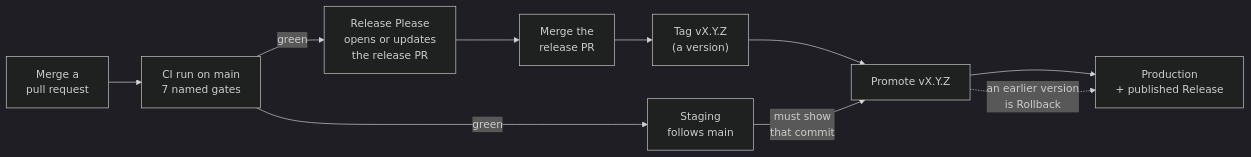
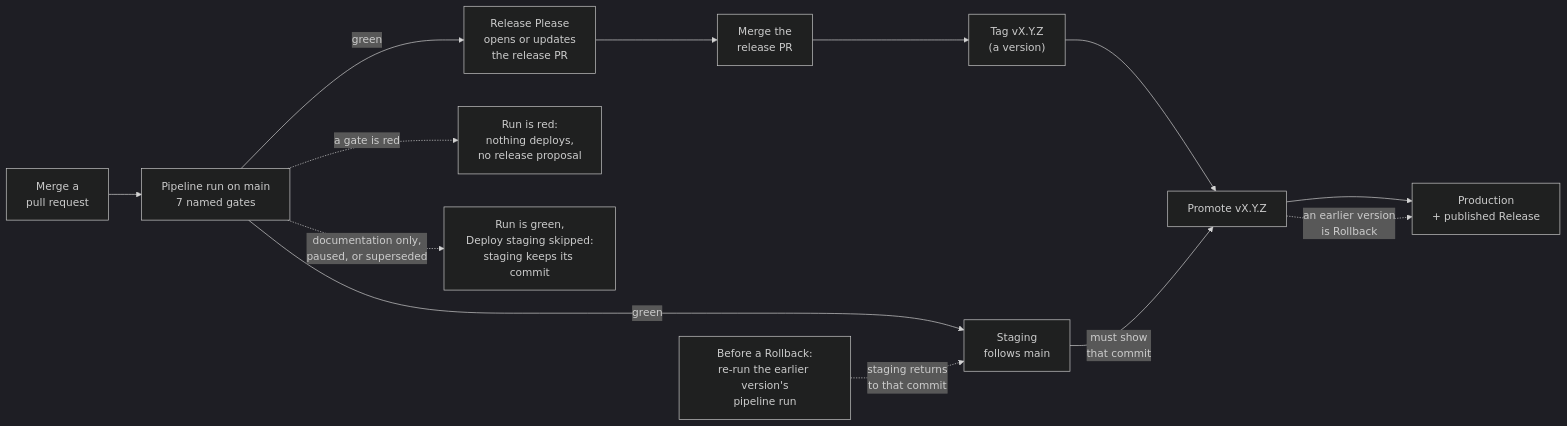
The diagram in docs/CI-CD.md (KLTsai/next-is-you), drawn with Mermaid (dark theme) before and after one commit. The commit also changed other lines of this file and 2 other files, not shown here.

First line of the commit message:
docs: make the CI/CD guide followable on its own

````diff
--- a/docs/CI-CD.md
+++ b/docs/CI-CD.md
@@ -12,12 +27,15 @@
 ```mermaid
 flowchart LR
-  PR["Merge a<br/>pull request"] --> CI["CI run on main<br/>7 named gates"]
+  PR["Merge a<br/>pull request"] --> CI["Pipeline run on main<br/>7 named gates"]
   CI -- "green" --> S["Staging<br/>follows main"]
   CI -- "green" --> RP["Release Please<br/>opens or updates<br/>the release PR"]
+  CI -. "a gate is red" .-> X["Run is red:<br/>nothing deploys,<br/>no release proposal"]
+  CI -. "documentation only,<br/>paused, or superseded" .-> K["Run is green,<br/>Deploy staging skipped:<br/>staging keeps its commit"]
   RP --> M["Merge the<br/>release PR"]
   M --> T["Tag vX.Y.Z<br/>(a version)"]
   T --> P["Promote vX.Y.Z"]
   S -- "must show<br/>that commit" --> P
   P --> R["Production<br/>+ published Release"]
   P -. "an earlier version<br/>is Rollback" .-> R
+  RR["Before a Rollback:<br/>re-run the earlier version's<br/>pipeline run"] -. "staging returns<br/>to that commit" .-> S
 ```
````
